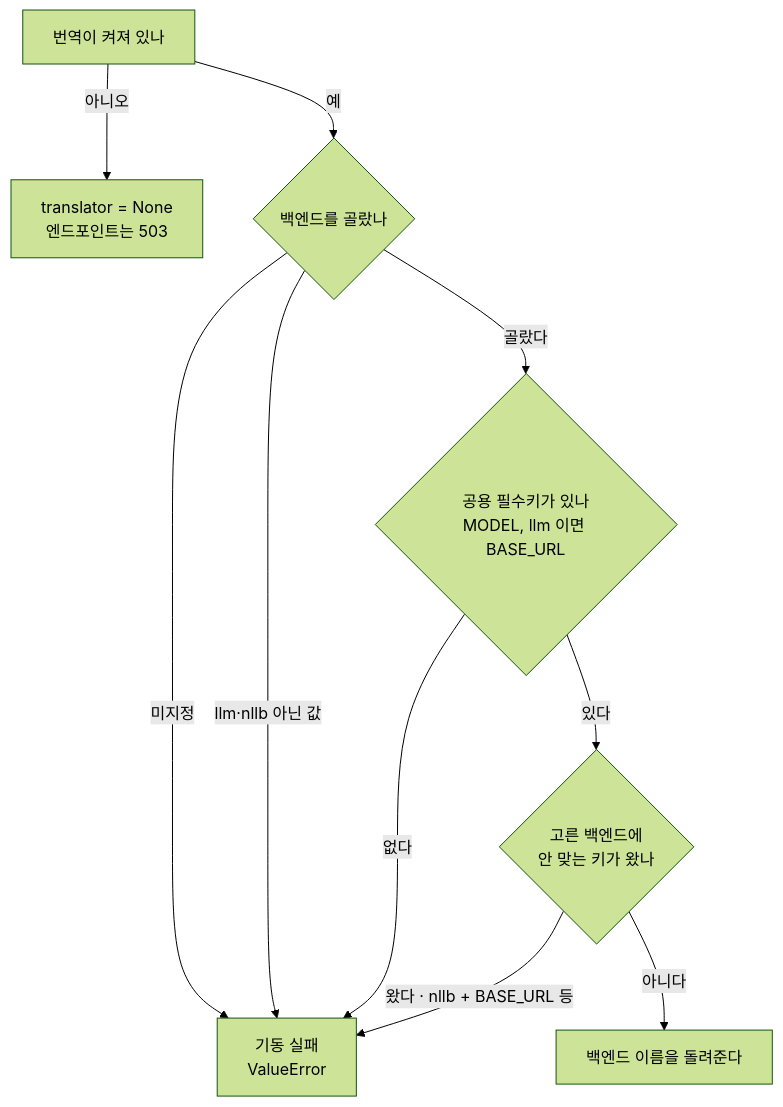
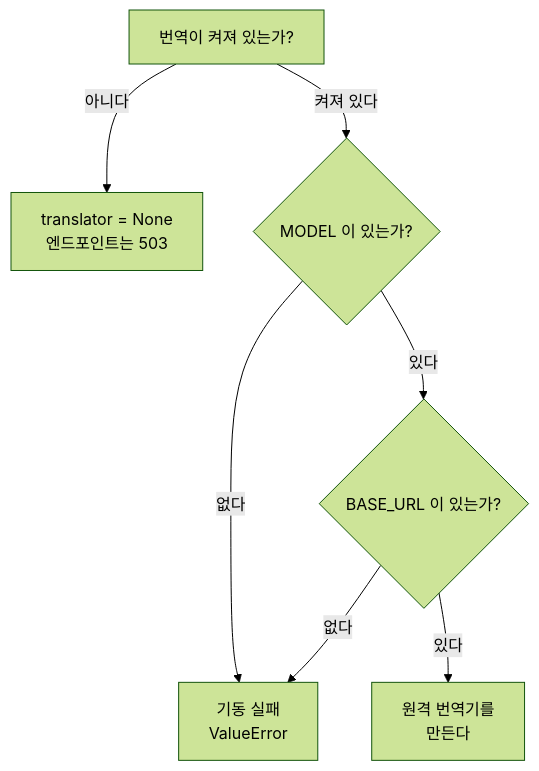
One commit to groovallstar/ner-pipeline-public changed the second of 3 diagrams in docs/manual/web-demo-translation.md. Above: the diagram before and after it, drawn with Mermaid (forest theme). The commit also changed other lines of this file and 12 other files, not shown here.

````diff
--- a/docs/manual/web-demo-translation.md
+++ b/docs/manual/web-demo-translation.md
@@ -193,12 +174,9 @@
 ```mermaid
 flowchart TD
-    A["번역이 켜져 있나"] -->|"아니오"| Z["translator = None<br/>엔드포인트는 503"]
-    A -->|"예"| B{"백엔드를 골랐나"}
-    B -->|"미지정"| F["기동 실패<br/>ValueError"]
-    B -->|"llm·nllb 아닌 값"| F
-    B -->|"골랐다"| C{"공용 필수키가 있나<br/>MODEL, llm 이면 BASE_URL"}
+    A["번역이 켜져 있는가?"] -->|"아니다"| Z["translator = None<br/>엔드포인트는 503"]
+    A -->|"켜져 있다"| B{"MODEL 이 있는가?"}
+    B -->|"없다"| F["기동 실패<br/>ValueError"]
+    B -->|"있다"| C{"BASE_URL 이 있는가?"}
     C -->|"없다"| F
-    C -->|"있다"| D{"고른 백엔드에<br/>안 맞는 키가 왔나"}
-    D -->|"왔다 · nllb + BASE_URL 등"| F
-    D -->|"아니다"| OK["백엔드 이름을 돌려준다"]
+    C -->|"있다"| OK["원격 번역기를<br/>만든다"]
 ```
````
